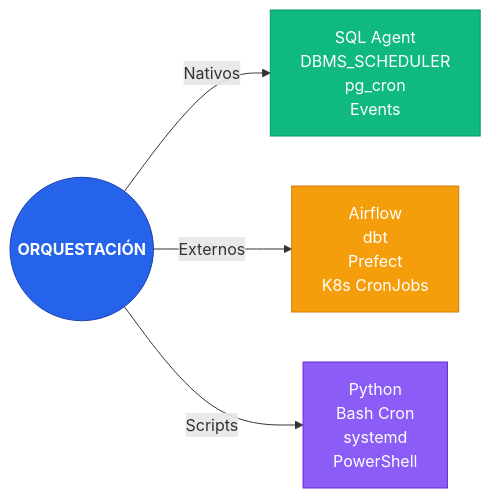
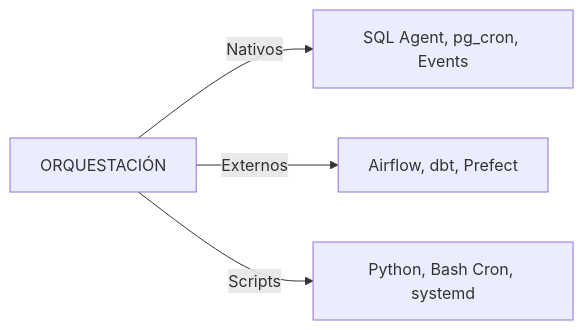
Before and after one commit to rraulherediaa/PracticasEstructurasDatos: the tenth of 12 diagrams in diagramas.md, drawn with Mermaid. The commit also changed other lines of this file and 1 other file, not shown here.

Commit message:
fix: simplificar diagramas Mermaid al máximo para asegurar compatibilidad total

````diff
--- a/diagramas.md
+++ b/diagramas.md
@@ -209,17 +124,8 @@
 ```mermaid
 flowchart LR
-    Orq(("ORQUESTACIÓN"))
+    Orq["ORQUESTACIÓN"]
     
-    Orq -->|Nativos| NAT["SQL Agent<br/>DBMS_SCHEDULER<br/>pg_cron<br/>Events"]
-    Orq -->|Externos| EXT["Airflow<br/>dbt<br/>Prefect<br/>K8s CronJobs"]
-    Orq -->|Scripts| SCR["Python<br/>Bash Cron<br/>systemd<br/>PowerShell"]
-
-    classDef central fill:#2563eb,color:#fff,font-weight:bold,stroke:#1e40af
-    classDef native fill:#10b981,color:#fff,stroke:#059669
-    classDef external fill:#f59e0b,color:#fff,stroke:#d97706
-    classDef script fill:#8b5cf6,color:#fff,stroke:#6d28d9
-    class Orq central
-    class NAT native
-    class EXT external
-    class SCR script
+    Orq -->|Nativos| NAT["SQL Agent, pg_cron, Events"]
+    Orq -->|Externos| EXT["Airflow, dbt, Prefect"]
+    Orq -->|Scripts| SCR["Python, Bash Cron, systemd"]
 ```
````
